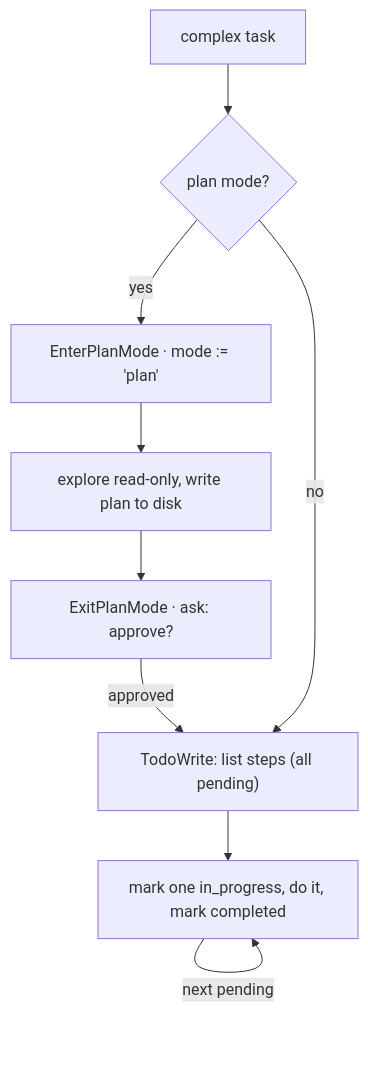
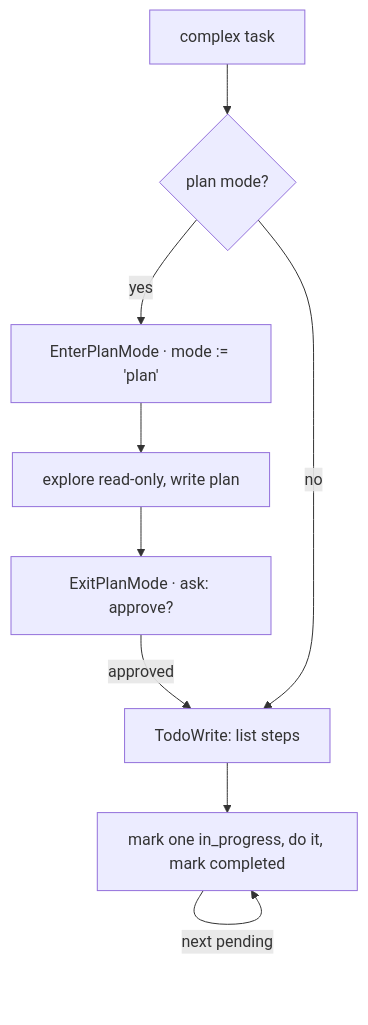
The diagram in sections/05-planning-todos/README.md (hardness1020/awesome-agent-architecture), drawn with Mermaid before and after one commit. The commit also changed other lines of this file and 16 other files, not shown here.

````diff
--- a/sections/05-planning-todos/README.md
+++ b/sections/05-planning-todos/README.md
@@ -22,11 +26,11 @@
 ```mermaid
 flowchart TD
     T["complex task"] --> P{plan mode?}
     P -->|yes| E["EnterPlanMode · mode := 'plan'"]
-    E --> R["explore read-only, write plan to disk"]
+    E --> R["explore read-only, write plan"]
     R --> X["ExitPlanMode · ask: approve?"]
-    X -->|approved| TW["TodoWrite: list steps (all pending)"]
+    X -->|approved| TW["TodoWrite: list steps"]
     P -->|no| TW
     TW --> S["mark one in_progress, do it, mark completed"]
     S -->|next pending| S
 ```
````
